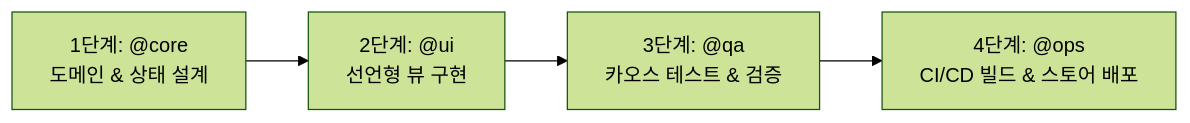
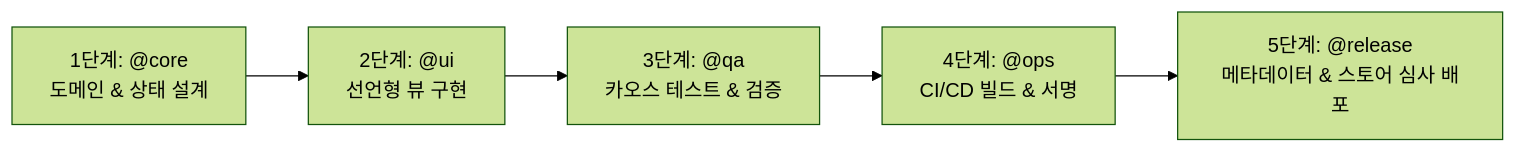
Before and after one commit to SuHwanYoon/iOS-Ghibli-App: the diagram in .agy/instructions.md, drawn with Mermaid (forest theme). The commit also changed other lines of this file and 3 other files, not shown here.

````diff
--- a/.agy/instructions.md
+++ b/.agy/instructions.md
@@ -39,6 +40,7 @@
 ```mermaid
 flowchart LR
     A["1단계: @core<br>도메인 & 상태 설계"] --> B["2단계: @ui<br>선언형 뷰 구현"]
     B --> C["3단계: @qa<br>카오스 테스트 & 검증"]
-    C --> D["4단계: @ops<br>CI/CD 빌드 & 스토어 배포"]
+    C --> D["4단계: @ops<br>CI/CD 빌드 & 서명"]
+    D --> E["5단계: @release<br>메타데이터 & 스토어 심사 배포"]
 ```
````
